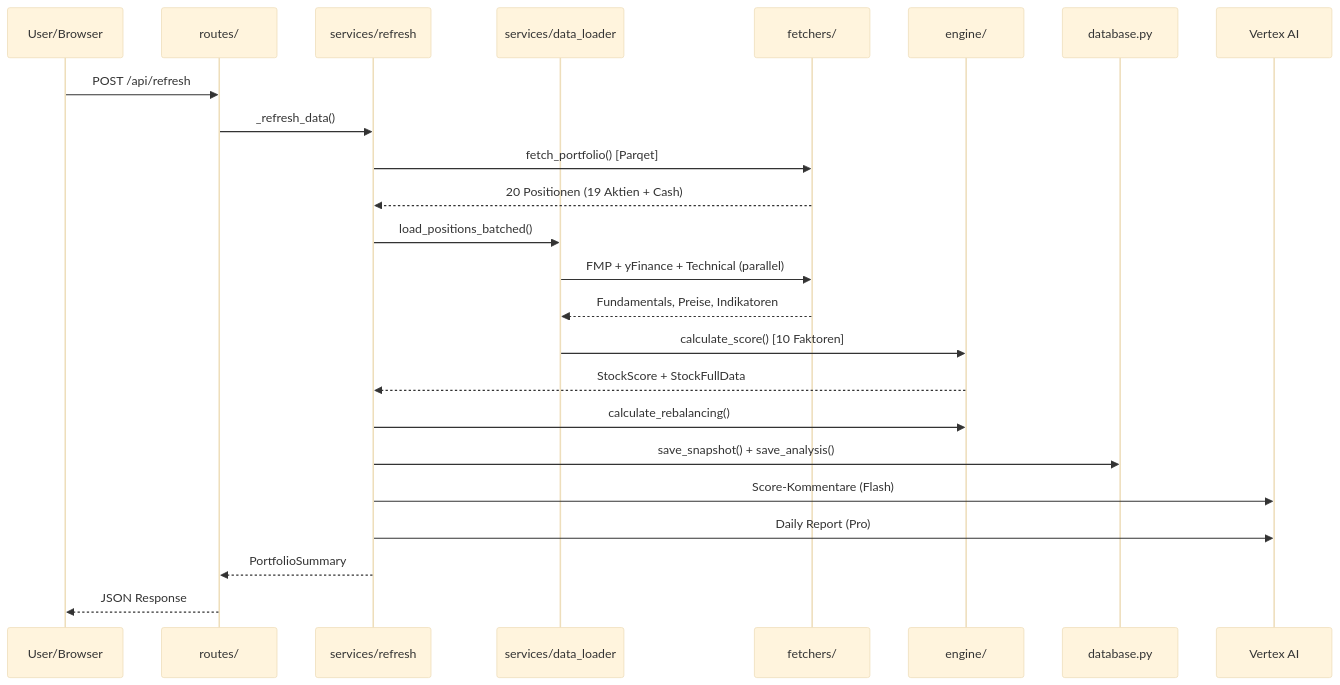
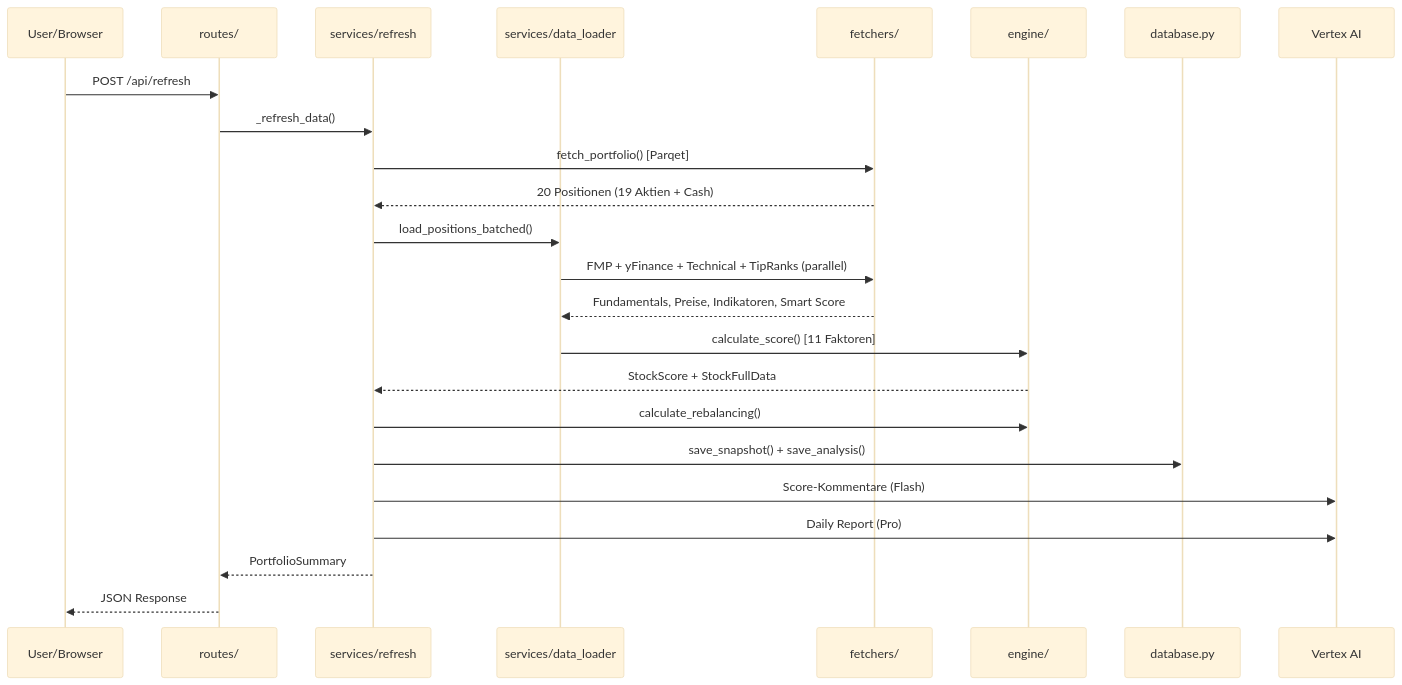
Before and after one commit to jonasarmbrust/FinanceBro: the first of 2 diagrams in docs/architecture.md, drawn with Mermaid (base theme). The commit also changed other lines of this file and 11 other files, not shown here.

First line of the commit message:
TipRanks MCP Integration: 11-Faktor Scoring Engine v6, Smart Score, Bull/Bear UI

````diff
--- a/docs/architecture.md
+++ b/docs/architecture.md
@@ -126,27 +127,27 @@
 ```mermaid
 sequenceDiagram
     participant U as User/Browser
     participant R as routes/
     participant S as services/refresh
     participant DL as services/data_loader
     participant F as fetchers/
     participant E as engine/
     participant DB as database.py
     participant AI as Vertex AI
 
     U->>R: POST /api/refresh
     R->>S: _refresh_data()
     S->>F: fetch_portfolio() [Parqet]
     F-->>S: 20 Positionen (19 Aktien + Cash)
     S->>DL: load_positions_batched()
-    DL->>F: FMP + yFinance + Technical (parallel)
-    F-->>DL: Fundamentals, Preise, Indikatoren
-    DL->>E: calculate_score() [10 Faktoren]
+    DL->>F: FMP + yFinance + Technical + TipRanks (parallel)
+    F-->>DL: Fundamentals, Preise, Indikatoren, Smart Score
+    DL->>E: calculate_score() [11 Faktoren]
     E-->>S: StockScore + StockFullData
     S->>E: calculate_rebalancing()
     S->>DB: save_snapshot() + save_analysis()
     S->>AI: Score-Kommentare (Flash)
     S->>AI: Daily Report (Pro)
     S-->>R: PortfolioSummary
     R-->>U: JSON Response
 ```
````
